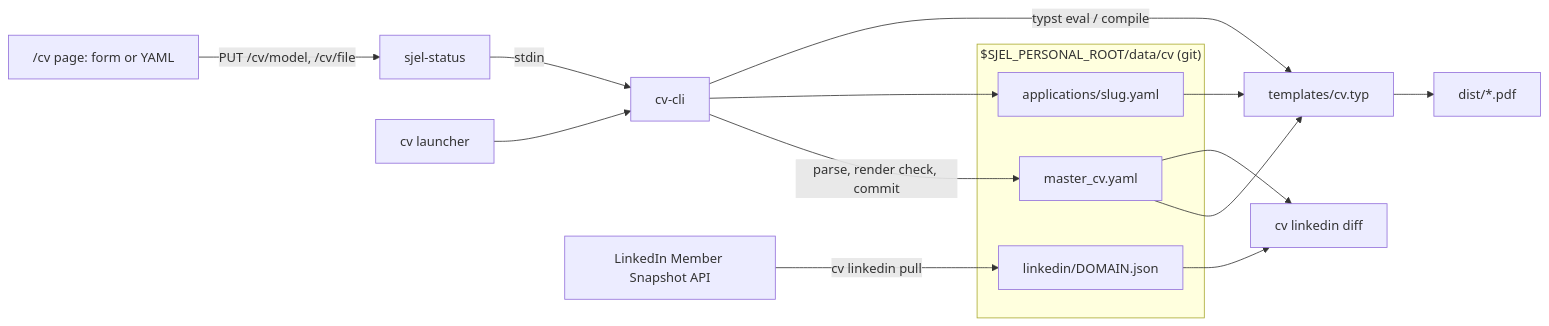
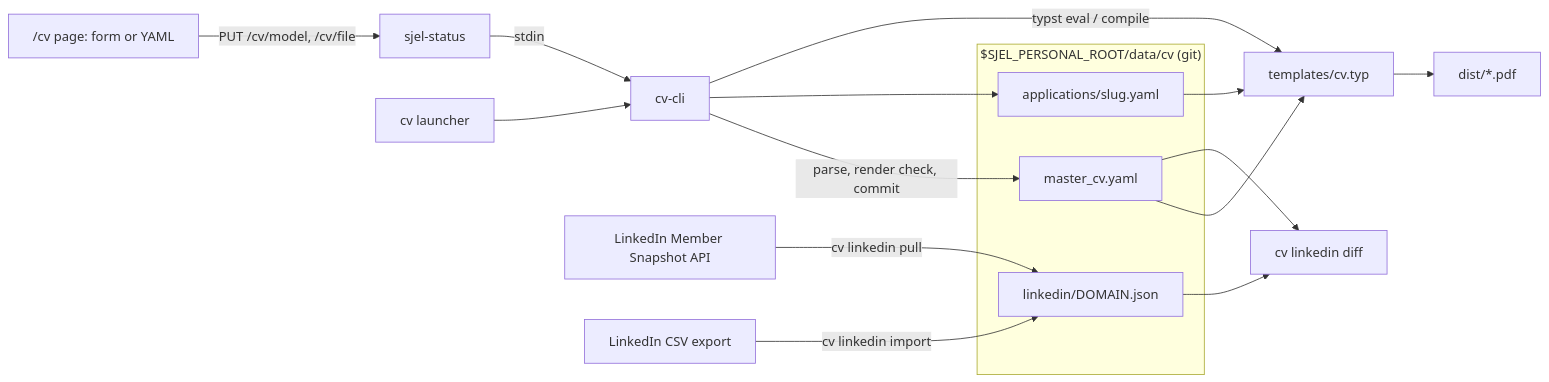
The diagram in docs/capabilities/cv.md (larsboes/Sjel), drawn with Mermaid before and after one commit. The commit also changed other lines of this file and 6 other files, not shown here.

First line of the commit message:
feat(cv): `cv linkedin import` reads a LinkedIn CSV export

````diff
--- a/docs/capabilities/cv.md
+++ b/docs/capabilities/cv.md
@@ -6,20 +6,21 @@
 ```mermaid
 flowchart LR
   subgraph Overlay["$SJEL_PERSONAL_ROOT/data/cv (git)"]
     M[master_cv.yaml]
     A[applications/slug.yaml]
     L[linkedin/DOMAIN.json]
   end
   UI["/cv page: form or YAML"] -->|PUT /cv/model, /cv/file| S[sjel-status]
   S -->|stdin| C[cv-cli]
   CLI[cv launcher] --> C
   C -->|parse, render check, commit| M
   C --> A
   C -->|typst eval / compile| T[templates/cv.typ]
   M --> T
   A --> T
   T --> P[dist/*.pdf]
   LI[LinkedIn Member Snapshot API] -->|cv linkedin pull| L
+  X[LinkedIn CSV export] -->|cv linkedin import| L
   L --> D[cv linkedin diff]
   M --> D
 ```
````
